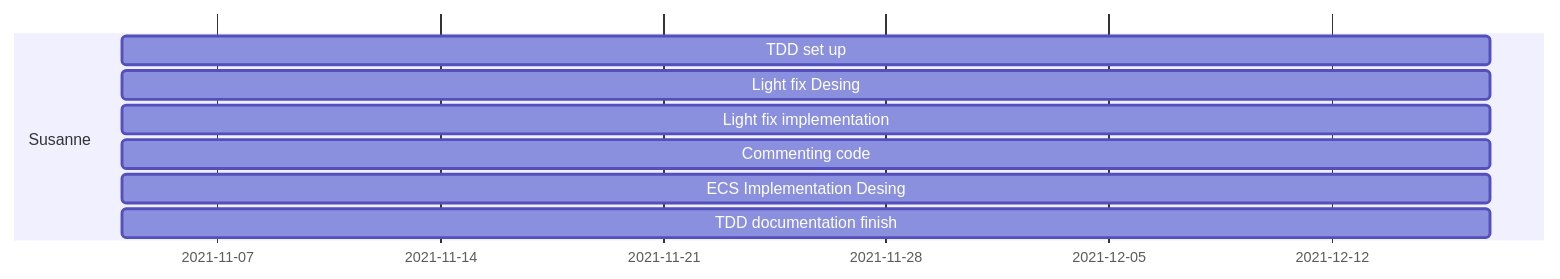
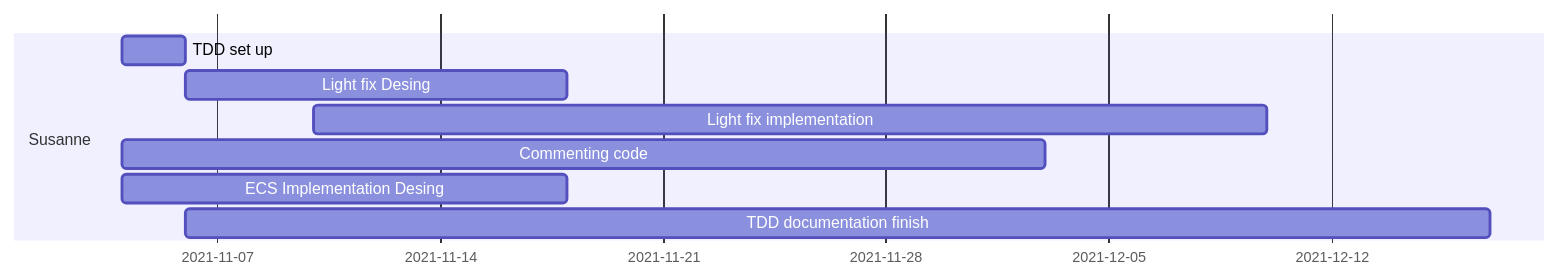
One commit to IlkkaTakala/Eril-Engine changed the fifth of 7 diagrams in docs/ProjectPlan.md. Above: the diagram before and after it, drawn with Mermaid. The commit also changed other lines of this file, not shown here.

Commit message:
Added two personal timelines

````diff
--- a/docs/ProjectPlan.md
+++ b/docs/ProjectPlan.md
@@ -95,12 +95,12 @@
 ```mermaid
 gantt
 dateFormat  DD-MM
 
 section Susanne
-TDD set up              :         sdes1, 04-11, 17-12
-Light fix  Desing       :         sdes2, 04-11, 17-12
-Light fix implementation:         sdes3, 04-11, 17-12
-Commenting code         :         sdes4, 04-11, 17-12
-ECS Implementation Desing:         sdes5, 04-11, 17-12
-TDD documentation finish:         sdes6, 04-11, 17-12
+TDD set up              :         sdes1, 04-11, 06-11
+Light fix  Desing       :         sdes2, after sdes1, 18-11
+Light fix implementation:         sdes3, 10-11, 10-12
+Commenting code         :         sdes4, 04-11, 03-12
+ECS Implementation Desing:         sdes5, 04-11, 18-11
+TDD documentation finish:         sdes6, after sdes1, 17-12
 ```
````
